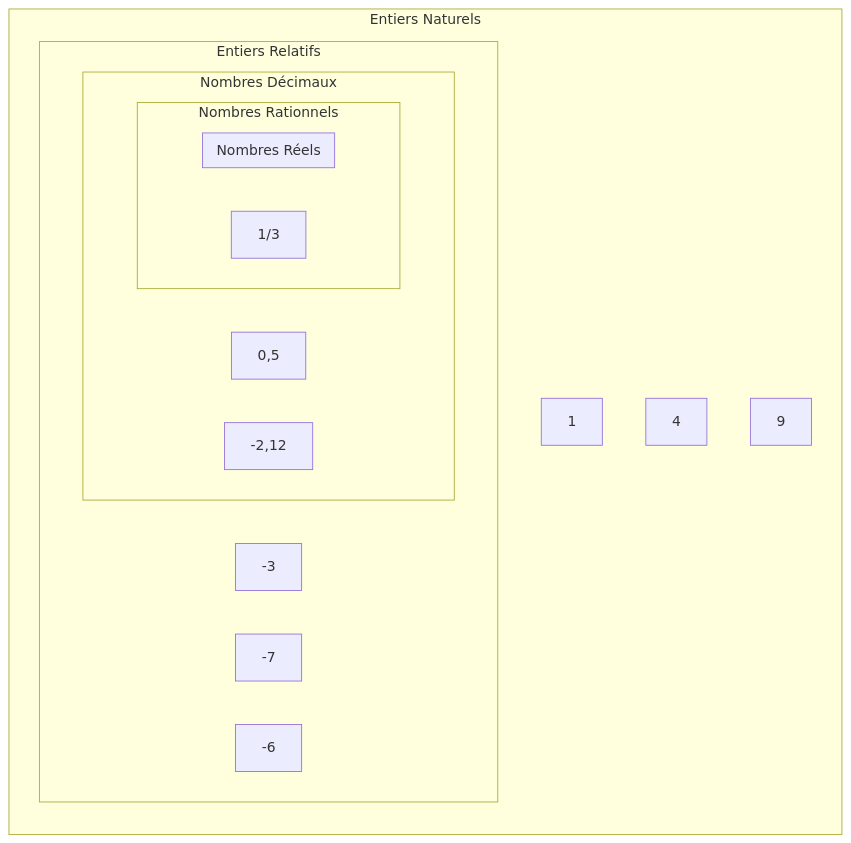
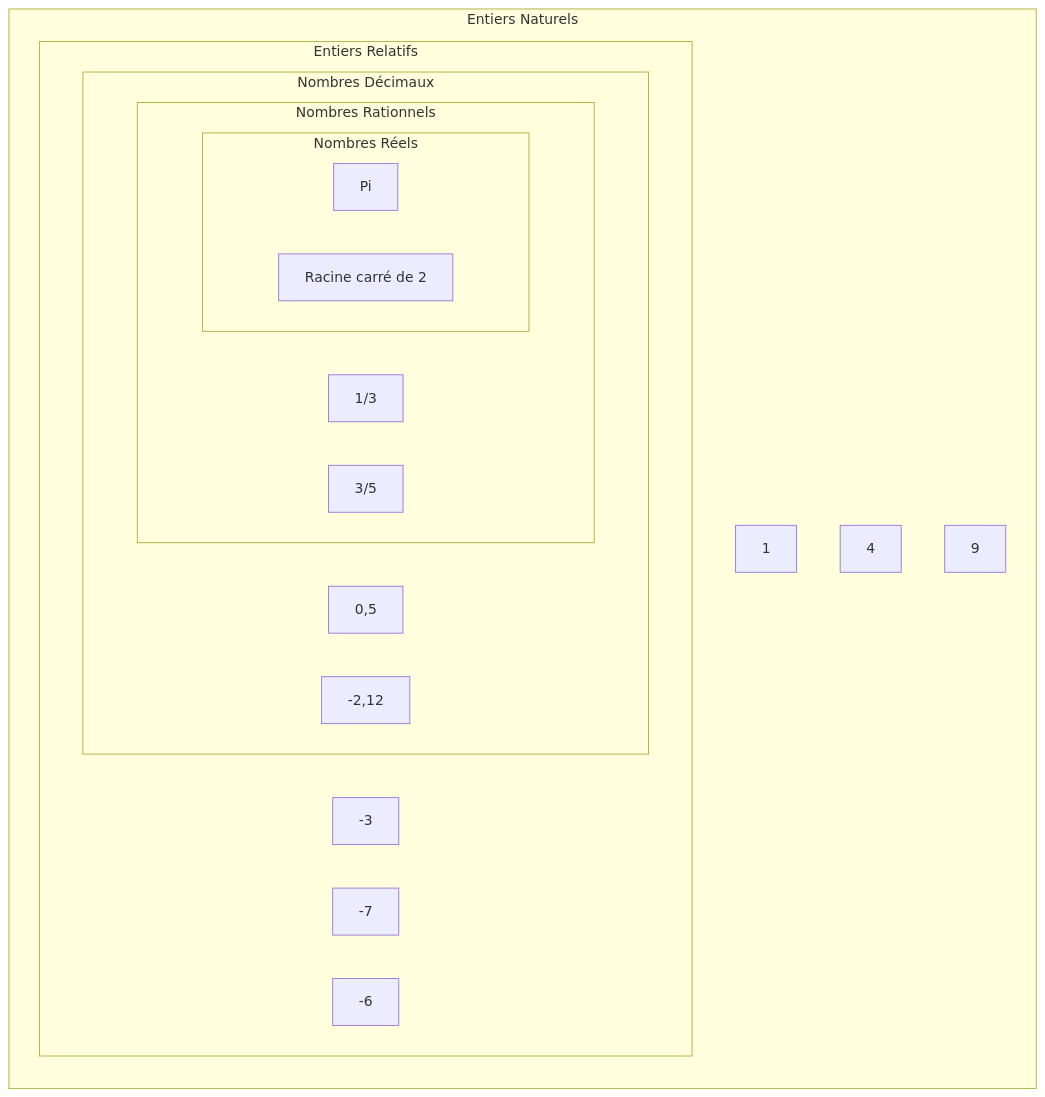
Before and after one commit to boddaert/nsi: the diagram in première/Représentation_des_nombres_en_machine/Représentation_des_entiers_naturels.md, drawn with Mermaid.

````diff
--- a/première/Représentation_des_nombres_en_machine/Représentation_des_entiers_naturels.md
+++ b/première/Représentation_des_nombres_en_machine/Représentation_des_entiers_naturels.md
@@ -15,24 +15,25 @@
 ```mermaid
 flowchart LR
   subgraph Entiers Naturels
     A[1]
     B[4]
     C[9]
     subgraph Entiers Relatifs
         D[-3]
         E[-7]
         F[-6]
         subgraph Nombres Décimaux
             G[0,5]
             H[-2,12]
             subgraph Nombres Rationnels
                 I[1/3]
-
+                J[3/5]
                 subgraph Nombres Réels
-
+                    K[Pi]
+                    L[Racine carré de 2]
                 end
             end
         end
     end
   end
 ```
````
